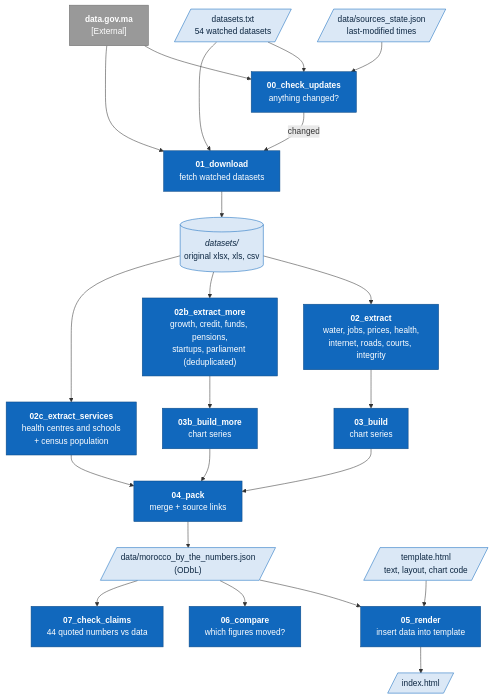
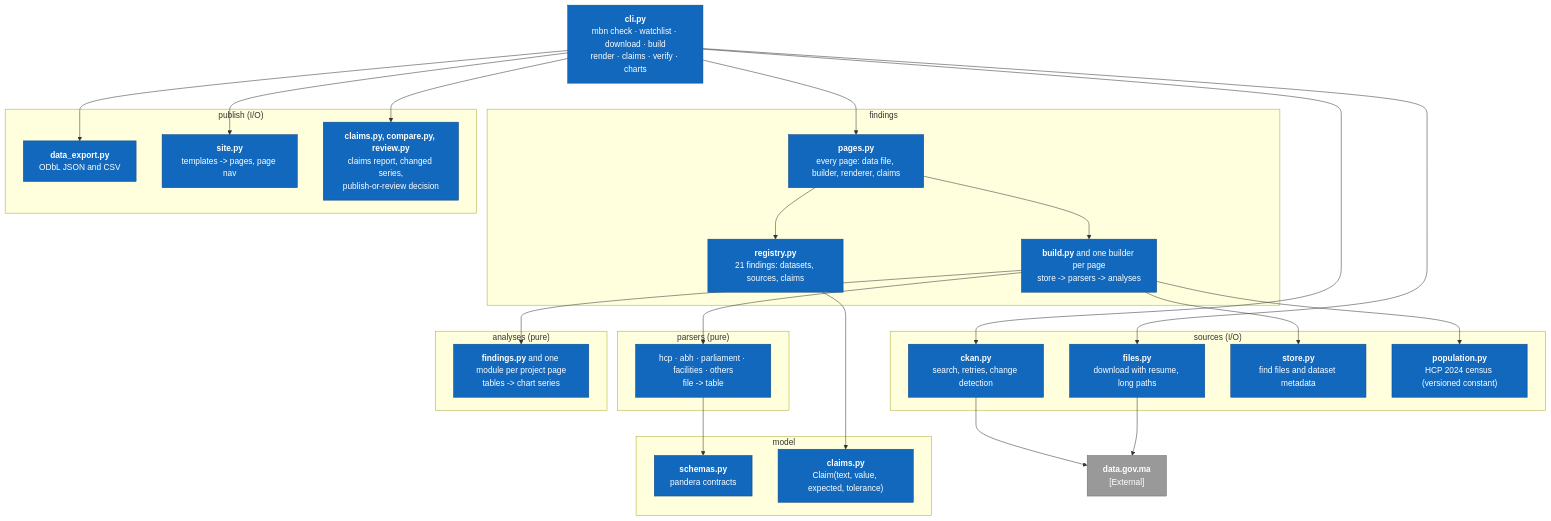
One commit to titiabdelghafour8-lab/morocco-by-the-numbers changed the third of 5 diagrams in docs/ARCHITECTURE.md. Above: the diagram before and after it, drawn with Mermaid. The commit also changed other lines of this file and 25 other files, not shown here.

````diff
--- a/docs/ARCHITECTURE.md
+++ b/docs/ARCHITECTURE.md
@@ -80,46 +84,54 @@
 ```mermaid
 flowchart TB
     portal["<b>data.gov.ma</b><br/>[External]"]
-    list[/"datasets.txt<br/>54 watched datasets"/]
-    state[/"data/sources_state.json<br/>last-modified times"/]
+    cli["<b>cli.py</b><br/>mbn check · watchlist · download · build<br/>render · claims · verify · charts"]
 
-    check["<b>00_check_updates</b><br/>anything changed?"]
-    dl["<b>01_download</b><br/>fetch watched datasets"]
-    raw[("<i>datasets/</i><br/>original xlsx, xls, csv")]
-    ex1["<b>02_extract</b><br/>water, jobs, prices, health,<br/>internet, roads, courts, integrity"]
-    ex2["<b>02b_extract_more</b><br/>growth, credit, funds, pensions,<br/>startups, parliament (deduplicated)"]
-    ex3["<b>02c_extract_services</b><br/>health centres and schools<br/>+ census population"]
-    b1["<b>03_build</b><br/>chart series"]
-    b2["<b>03b_build_more</b><br/>chart series"]
-    pack["<b>04_pack</b><br/>merge + source links"]
-    data[/"data/morocco_by_the_numbers.json<br/>(ODbL)"/]
-    tpl[/"template.html<br/>text, layout, chart code"/]
-    render["<b>05_render</b><br/>insert data into template"]
-    page[/"index.html"/]
-    cmp["<b>06_compare</b><br/>which figures moved?"]
-    claims["<b>07_check_claims</b><br/>44 quoted numbers vs data"]
+    subgraph sources["sources (I/O)"]
+        ckan["<b>ckan.py</b><br/>search, retries, change detection"]
+        files["<b>files.py</b><br/>download with resume, long paths"]
+        store["<b>store.py</b><br/>find files and dataset metadata"]
+        pop["<b>population.py</b><br/>HCP 2024 census (versioned constant)"]
+    end
+    subgraph parsers["parsers (pure)"]
+        prs["hcp · abh · parliament · facilities · others<br/>file -> table"]
+    end
+    subgraph model["model"]
+        schemas["<b>schemas.py</b><br/>pandera contracts"]
+        claimm["<b>claims.py</b><br/>Claim(text, value, expected, tolerance)"]
+    end
+    subgraph analyses["analyses (pure)"]
+        an["<b>findings.py</b> and one module per project page<br/>tables -> chart series"]
+    end
+    subgraph findings["findings"]
+        reg["<b>registry.py</b><br/>21 findings: datasets, sources, claims"]
+        pagesm["<b>pages.py</b><br/>every page: data file, builder, renderer, claims"]
+        build["<b>build.py</b> and one builder per page<br/>store -> parsers -> analyses"]
+    end
+    subgraph publish["publish (I/O)"]
+        export["<b>data_export.py</b><br/>ODbL JSON and CSV"]
+        site["<b>site.py</b><br/>templates -> pages, page nav"]
+        claims["<b>claims.py, compare.py, review.py</b><br/>claims report, changed series,<br/>publish-or-review decision"]
+    end
 
-    list --> check
-    state --> check
-    portal --> check
-    check -- "changed" --> dl
-    list --> dl
-    portal --> dl
-    dl --> raw
-    raw --> ex1 --> b1 --> pack
-    raw --> ex2 --> b2 --> pack
-    raw --> ex3 --> pack
-    pack --> data
-    data --> render
-    tpl --> render
-    render --> page
-    data --> cmp
-    data --> claims
+    cli --> pagesm
+    cli --> ckan
+    cli --> files
+    ckan --> portal
+    files --> portal
+    pagesm --> build
+    pagesm --> reg
+    build --> store
+    build --> prs
+    build --> an
+    build --> pop
+    prs --> schemas
+    reg --> claimm
+    cli --> export
+    cli --> site
+    cli --> claims
 
     classDef internal fill:#1168bd,stroke:#0b4884,color:#fff
-    classDef store fill:#dbe8f6,stroke:#1168bd,color:#0b2540
     classDef external fill:#999,stroke:#6b6b6b,color:#fff
-    class check,dl,ex1,ex2,ex3,b1,b2,pack,render,cmp,claims internal
-    class list,state,raw,data,tpl,page store
+    class cli,ckan,files,store,pop,prs,schemas,claimm,an,reg,pagesm,build,export,site,claims internal
     class portal external
 ```
````
